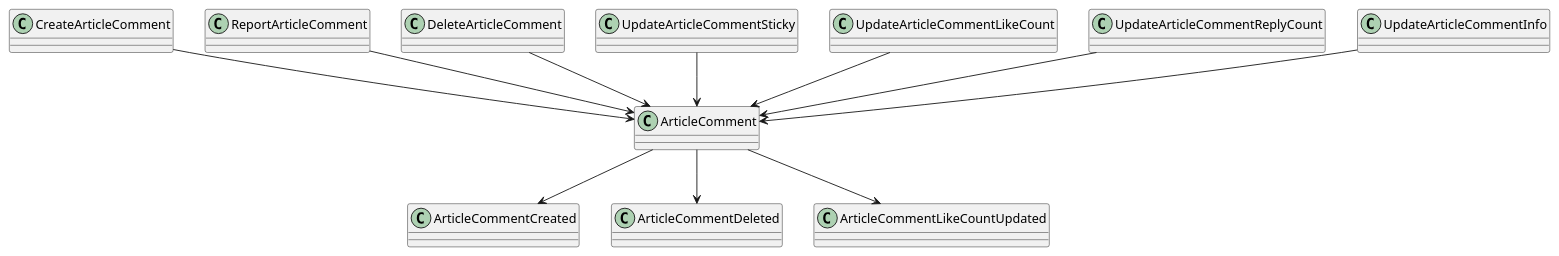
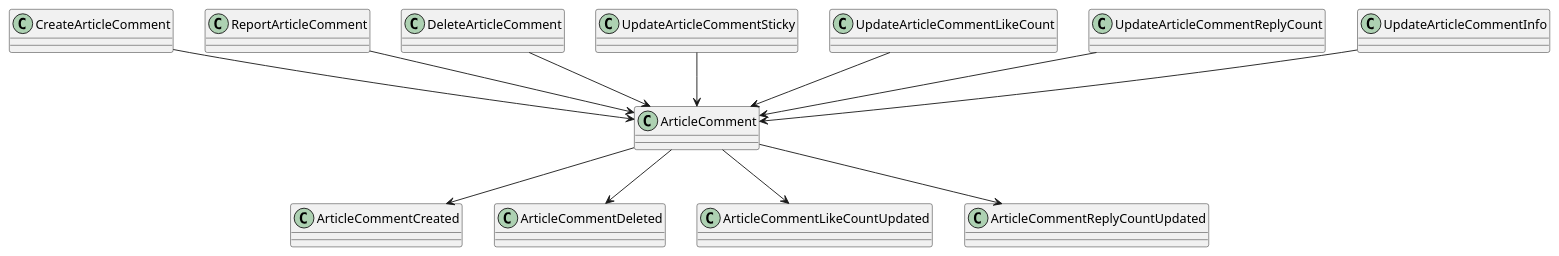
Before and after one commit to LDmoxeii/only4-KSP-cap4j: the diagram in design/domain/article_comment/relationCDE.puml, drawn with PlantUML. The commit also changed 12 other files, not shown here.

First line of the commit message:
feat(article_comment): 增加文章评论回复数更新功能

```diff
--- a/design/domain/article_comment/relationCDE.puml
+++ b/design/domain/article_comment/relationCDE.puml
@@ -1,14 +1,15 @@
 @startuml
 
 CreateArticleComment            -down-> ArticleComment
 ReportArticleComment            -down-> ArticleComment
 DeleteArticleComment            -down-> ArticleComment
 UpdateArticleCommentSticky      -down-> ArticleComment
 UpdateArticleCommentLikeCount   -down-> ArticleComment
 UpdateArticleCommentReplyCount  -down-> ArticleComment
 UpdateArticleCommentInfo        -down-> ArticleComment
 
 ArticleComment -down-> ArticleCommentCreated
 ArticleComment -down-> ArticleCommentDeleted
 ArticleComment -down-> ArticleCommentLikeCountUpdated
+ArticleComment -down->ArticleCommentReplyCountUpdated
 @enduml
```
